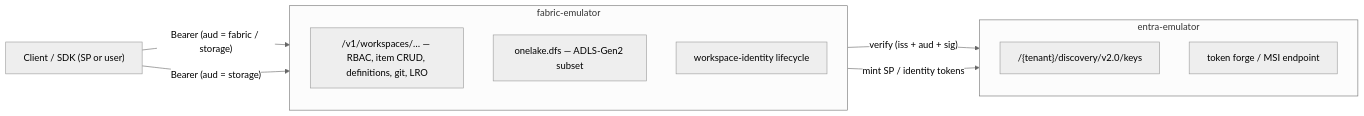
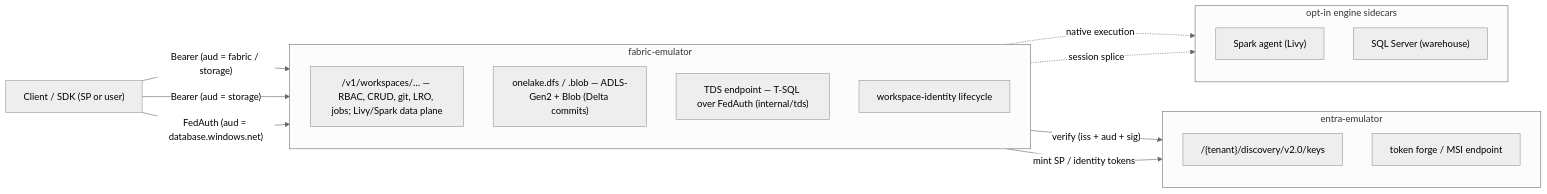
Before and after one commit to calvinchengx/fabric-emulator: the diagram in docs/03-architecture.md, drawn with Mermaid (neutral theme). The commit also changed other lines of this file and 14 other files, not shown here.

````diff
--- a/docs/03-architecture.md
+++ b/docs/03-architecture.md
@@ -45,19 +45,28 @@
 ```mermaid
 flowchart LR
     Client["Client / SDK (SP or user)"]
     subgraph fab["fabric-emulator"]
         direction TB
-        API["/v1/workspaces/… — RBAC, item CRUD, definitions, git, LRO"]
-        OL["onelake.dfs — ADLS-Gen2 subset"]
+        API["/v1/workspaces/… — RBAC, CRUD, git, LRO, jobs; Livy/Spark data plane"]
+        OL["onelake.dfs / .blob — ADLS-Gen2 + Blob (Delta commits)"]
+        WH["TDS endpoint — T-SQL over FedAuth (internal/tds)"]
         Ident["workspace-identity lifecycle"]
     end
     subgraph entra["entra-emulator"]
         direction TB
         JWKS["/{tenant}/discovery/v2.0/keys"]
         Forge["token forge / MSI endpoint"]
     end
+    subgraph engines["opt-in engine sidecars"]
+        direction TB
+        Spark["Spark agent (Livy)"]
+        SQL["SQL Server (warehouse)"]
+    end
     Client -->|"Bearer (aud = fabric / storage)"| API
     Client -->|"Bearer (aud = storage)"| OL
+    Client -->|"FedAuth (aud = database.windows.net)"| WH
     API -->|"verify (iss + aud + sig)"| JWKS
     Ident -->|"mint SP / identity tokens"| Forge
+    API -.->|"native execution"| Spark
+    WH -.->|"session splice"| SQL
 ```
````
